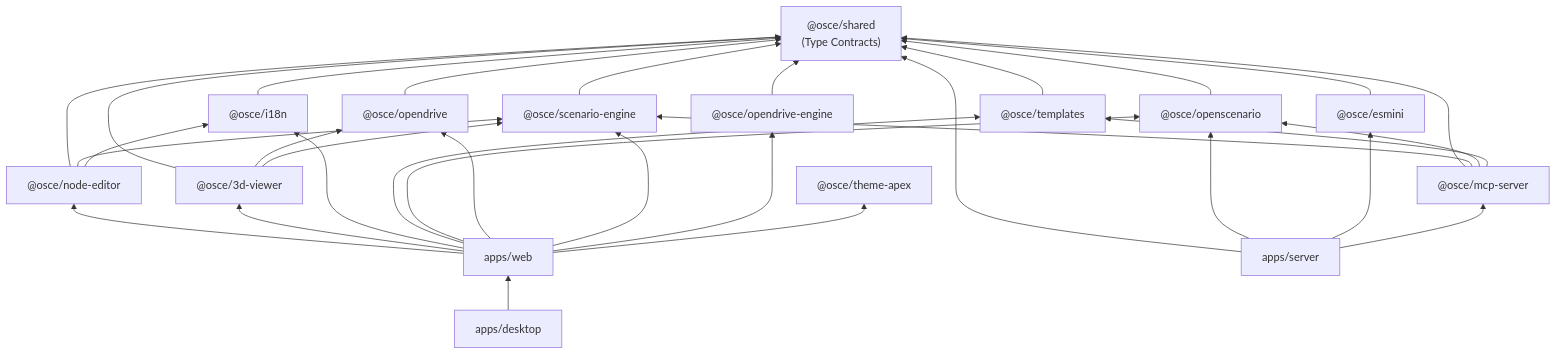
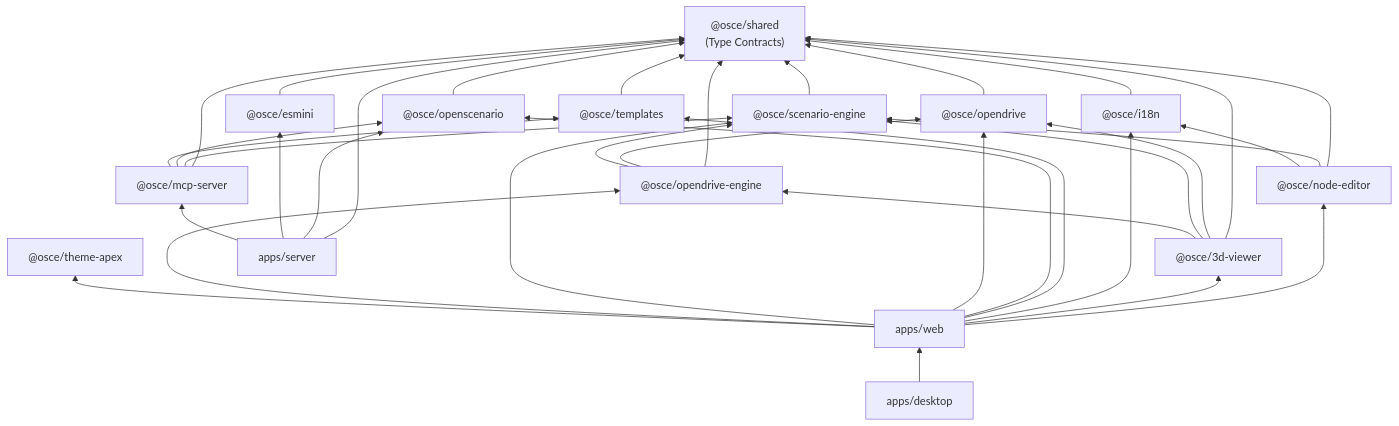
The seventh of 7 diagrams in docs/ARCHITECTURE.md (GT-karny/GT-OpenSCENARIOEditor), drawn with Mermaid before and after one commit. The commit also changed other lines of this file, not shown here.

First line of the commit message:
docs: align ARCHITECTURE.md with actual dependencies

````diff
--- a/docs/ARCHITECTURE.md
+++ b/docs/ARCHITECTURE.md
@@ -433,41 +437,44 @@
 ```mermaid
 graph BT
   shared["@osce/shared\n(Type Contracts)"]
 
   openscenario["@osce/openscenario"] --> shared
   opendrive["@osce/opendrive"] --> shared
   engine["@osce/scenario-engine"] --> shared
   odrengine["@osce/opendrive-engine"] --> shared
+  odrengine --> opendrive
+  odrengine --> engine
   i18n["@osce/i18n"] --> shared
   templates["@osce/templates"] --> shared
   esmini["@osce/esmini"] --> shared
   themeapex["@osce/theme-apex"]
 
   nodeeditor["@osce/node-editor"] --> shared
   nodeeditor --> engine
   nodeeditor --> i18n
   viewer["@osce/3d-viewer"] --> shared
   viewer --> opendrive
   viewer --> engine
+  viewer --> odrengine
   mcp["@osce/mcp-server"] --> shared
   mcp --> engine
   mcp --> openscenario
   mcp --> templates
 
   web["apps/web"] --> nodeeditor
   web --> viewer
   web --> i18n
   web --> templates
   web --> openscenario
   web --> opendrive
   web --> engine
   web --> odrengine
   web --> themeapex
 
   server["apps/server"] --> shared
   server --> openscenario
   server --> esmini
   server --> mcp
 
   desktop["apps/desktop"] --> web
 ```
````
